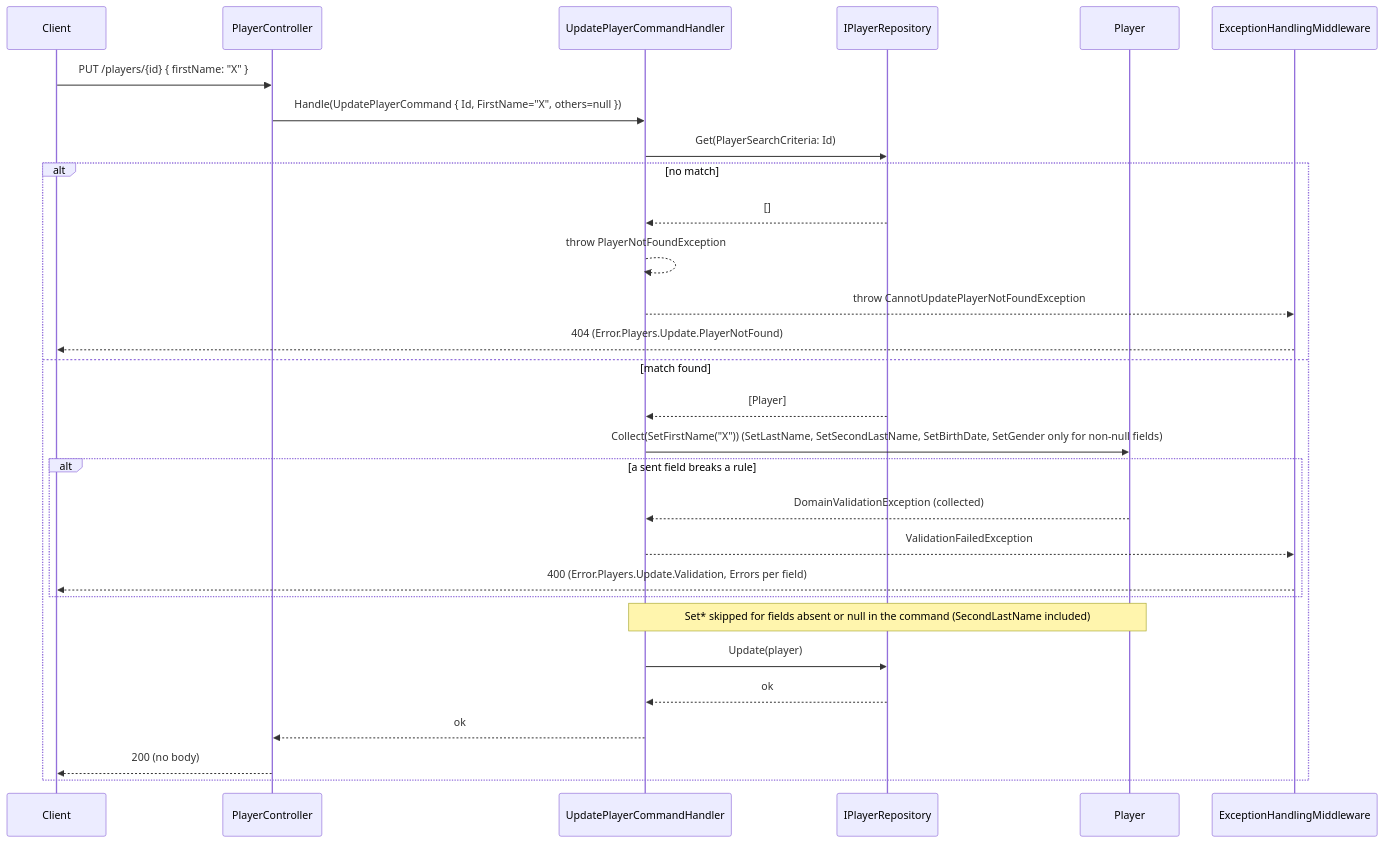
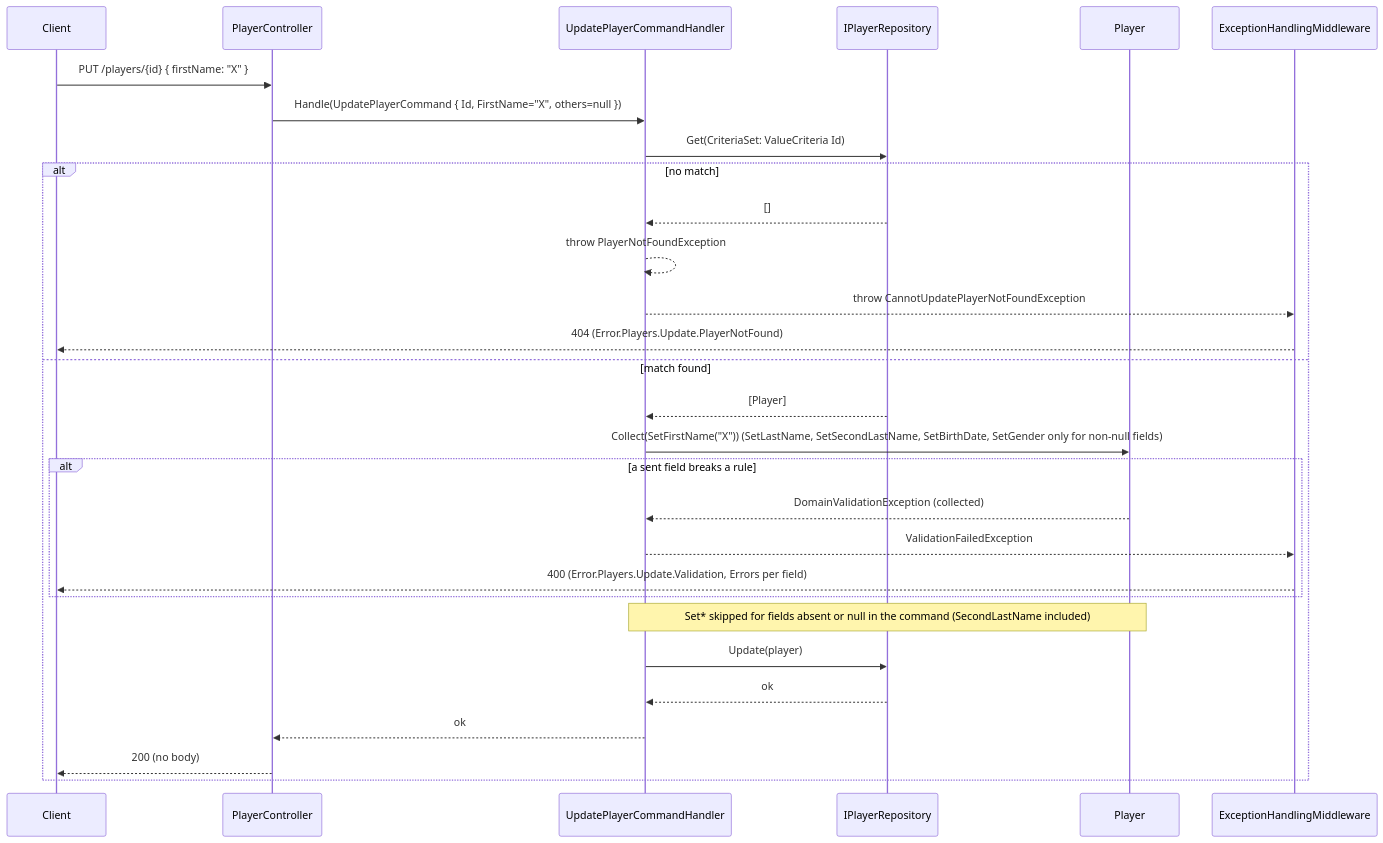
Before and after one commit to Aaronhdez/GafferApi: the diagram in doc/features/technical/player-update.md, drawn with Mermaid. The commit also changed 4 other files, not shown here.

Commit message:
feat: Update player search functionality to support richer criteria and enhance documentation

````diff
--- a/doc/features/technical/player-update.md
+++ b/doc/features/technical/player-update.md
@@ -9,32 +9,32 @@
 ```mermaid
 sequenceDiagram
     participant Client
     participant PlayerController
     participant UpdatePlayerCommandHandler
     participant IPlayerRepository
     participant Player
     participant ExceptionHandlingMiddleware
 
     Client->>PlayerController: PUT /players/{id} { firstName: "X" }
     PlayerController->>UpdatePlayerCommandHandler: Handle(UpdatePlayerCommand { Id, FirstName="X", others=null })
-    UpdatePlayerCommandHandler->>IPlayerRepository: Get(PlayerSearchCriteria: Id)
+    UpdatePlayerCommandHandler->>IPlayerRepository: Get(CriteriaSet: ValueCriteria Id)
     alt no match
         IPlayerRepository-->>UpdatePlayerCommandHandler: []
         UpdatePlayerCommandHandler-->>UpdatePlayerCommandHandler: throw PlayerNotFoundException
         UpdatePlayerCommandHandler-->>ExceptionHandlingMiddleware: throw CannotUpdatePlayerNotFoundException
         ExceptionHandlingMiddleware-->>Client: 404 (Error.Players.Update.PlayerNotFound)
     else match found
         IPlayerRepository-->>UpdatePlayerCommandHandler: [Player]
         UpdatePlayerCommandHandler->>Player: Collect(SetFirstName("X")) (SetLastName, SetSecondLastName, SetBirthDate, SetGender only for non-null fields)
         alt a sent field breaks a rule
             Player-->>UpdatePlayerCommandHandler: DomainValidationException (collected)
             UpdatePlayerCommandHandler-->>ExceptionHandlingMiddleware: ValidationFailedException
             ExceptionHandlingMiddleware-->>Client: 400 (Error.Players.Update.Validation, Errors per field)
         end
         Note over UpdatePlayerCommandHandler,Player: Set* skipped for fields absent or null in the command (SecondLastName included)
         UpdatePlayerCommandHandler->>IPlayerRepository: Update(player)
         IPlayerRepository-->>UpdatePlayerCommandHandler: ok
         UpdatePlayerCommandHandler-->>PlayerController: ok
         PlayerController-->>Client: 200 (no body)
     end
 ```
````
